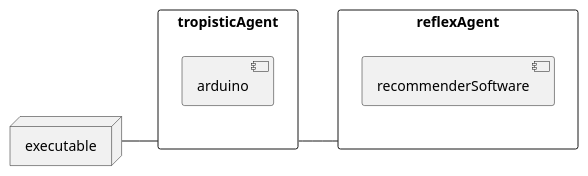
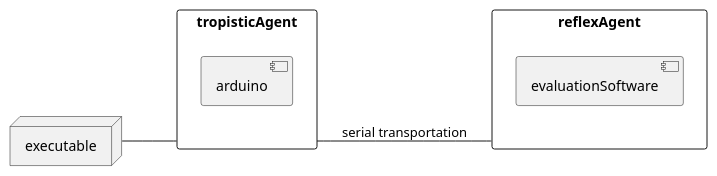
Before and after one commit to Ajmicco18/CSIS-5824-Applied-AI: the diagram in UML Documents/tropisticAgentDeploy.puml, drawn with PlantUML. The commit also changed 3 other files, not shown here.

Commit message:
finished UML Diagrams

```diff
--- a/UML Documents/tropisticAgentDeploy.puml
+++ b/UML Documents/tropisticAgentDeploy.puml
@@ -1,15 +1,15 @@
 @startuml tropistAgentDeploy
 left to right direction
 
 node executable
 
 rectangle tropisticAgent {
      component arduino
 } 
 rectangle reflexAgent{
-    component recommenderSoftware
+    component evaluationSoftware
 }
 
 executable -- tropisticAgent
-tropisticAgent-- reflexAgent
+tropisticAgent-- reflexAgent : serial transportation 
 @enduml
```
